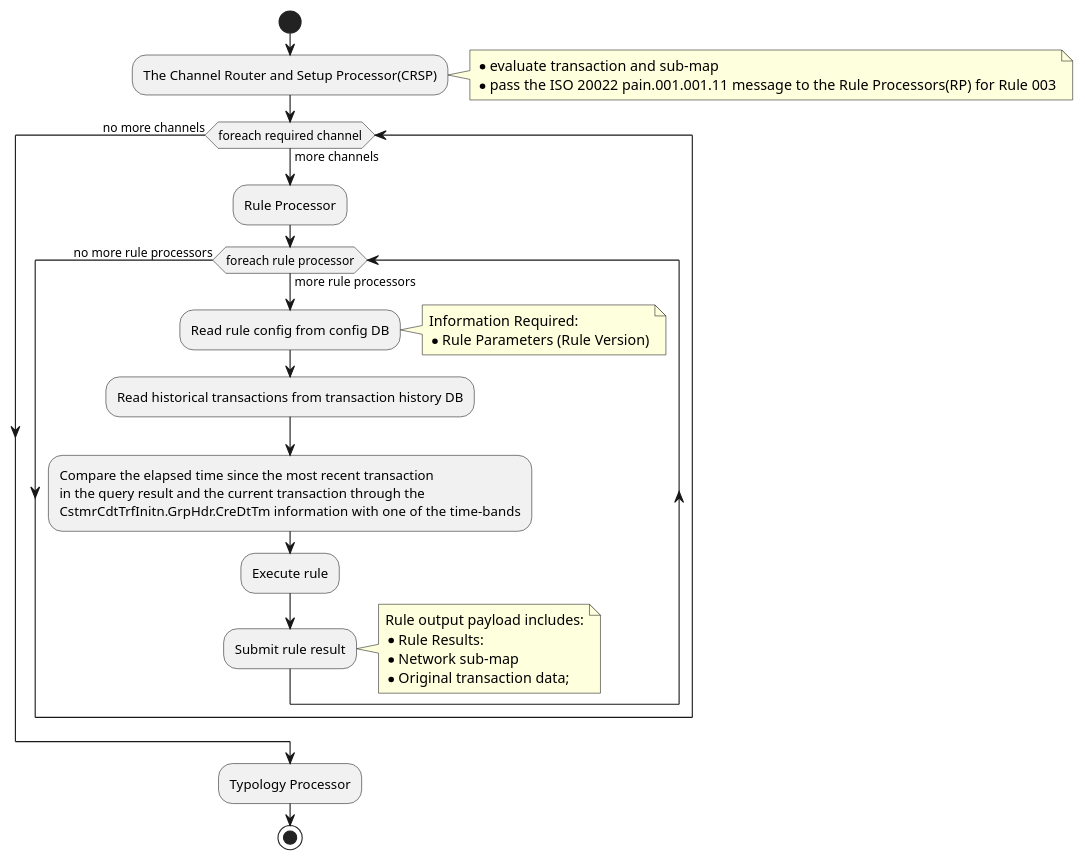
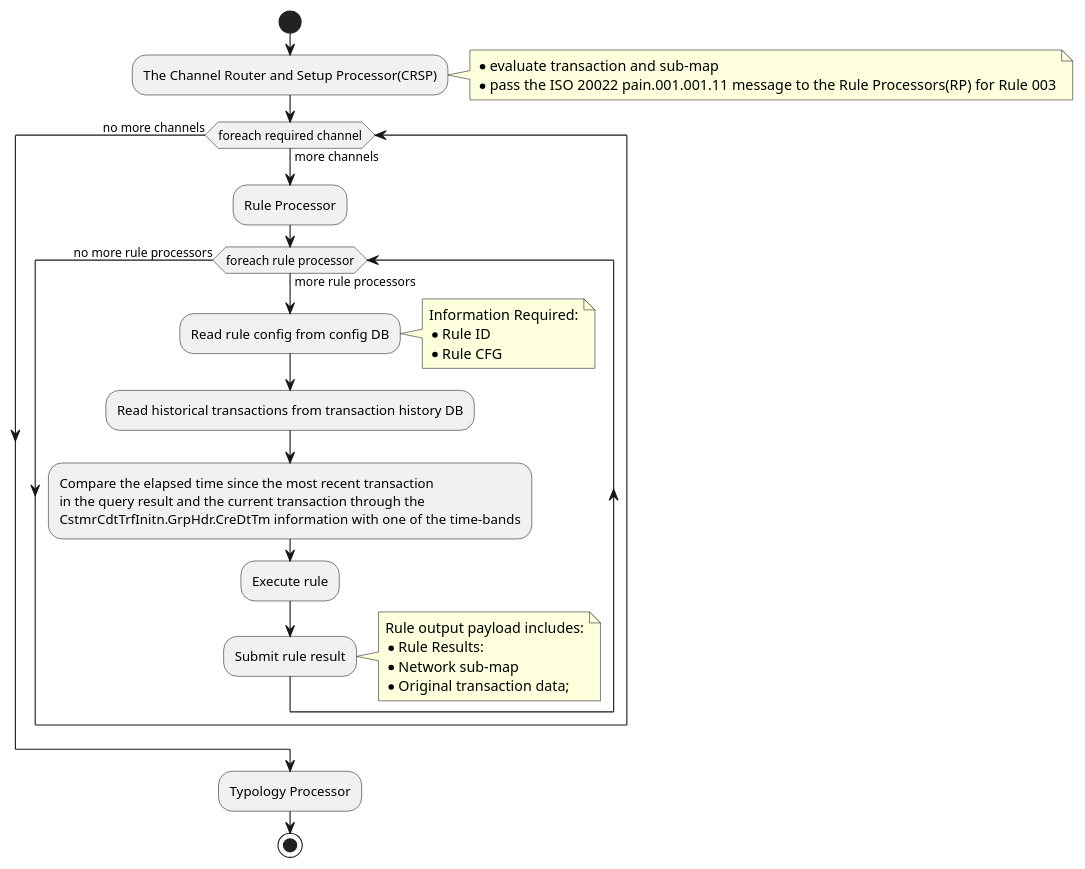
Before and after one commit to frmscoe/uml-diagrams: the diagram in services/rule003.plantuml, drawn with PlantUML. The commit also changed 15 other files, not shown here.

Commit message:
update rule uml diagrams

```diff
--- a/services/rule003.plantuml
+++ b/services/rule003.plantuml
@@ -1,32 +1,33 @@
 @startuml
 start
 :The Channel Router and Setup Processor(CRSP);
 note right
             *evaluate transaction and sub-map
             *pass the ISO 20022 pain.001.001.11 message to the Rule Processors(RP) for Rule 003
         end note
 while (foreach required channel) is (more channels)
 :Rule Processor;
 while (foreach rule processor) is (more rule processors)
 :Read rule config from config DB;
  note right
             Information Required:
-            * Rule Parameters (Rule Version)
+            * Rule ID
+            * Rule CFG
         end note
 :Read historical transactions from transaction history DB;
 :Compare the elapsed time since the most recent transaction 
 in the query result and the current transaction through the 
 CstmrCdtTrfInitn.GrpHdr.CreDtTm information with one of the time-bands;
 :Execute rule;
 :Submit rule result;
 endwhile (no more rule processors)
 note right
     Rule output payload includes:
     * Rule Results:
     * Network sub-map
     * Original transaction data;
 end note
 endwhile (no more channels)
 :Typology Processor;
 stop
 @enduml
```
